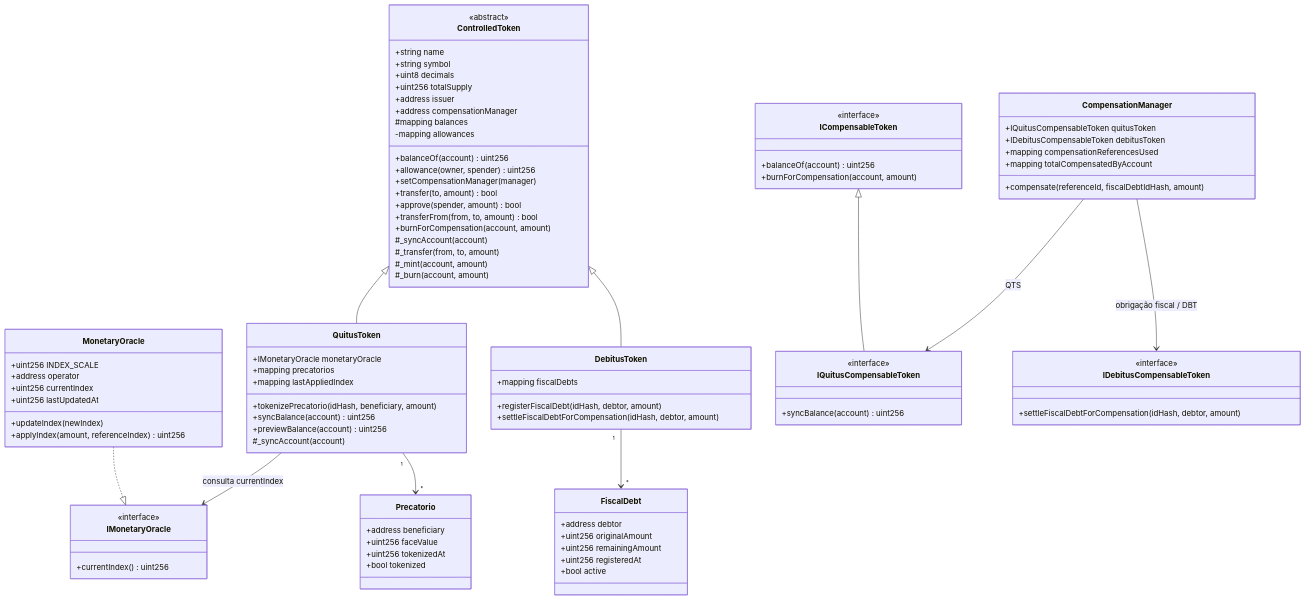
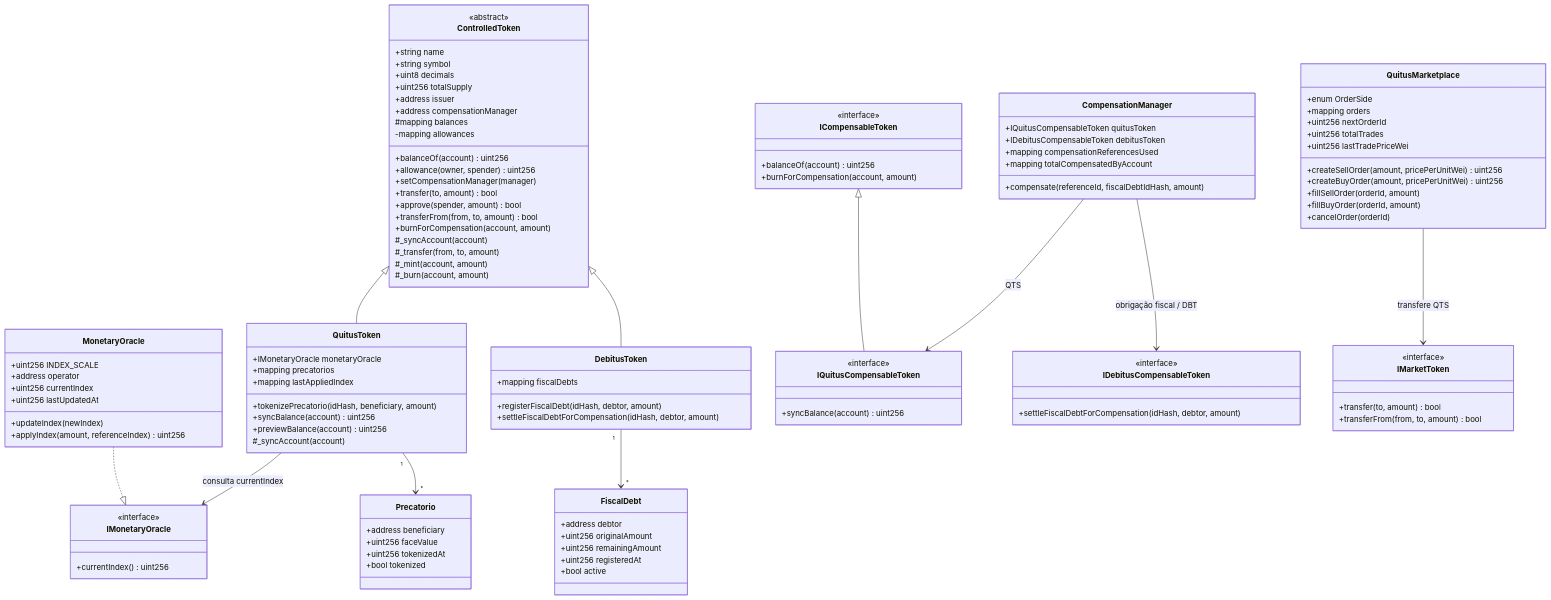
Before and after one commit to Victor-droid165/blockchain: the diagram in Lab4/docs/contratos.md, drawn with Mermaid. The commit also changed other lines of this file and 7 other files, not shown here.

````diff
--- a/Lab4/docs/contratos.md
+++ b/Lab4/docs/contratos.md
@@ -96,6 +96,25 @@
         +settleFiscalDebtForCompensation(idHash, debtor, amount)
     }
 
+    class IMarketToken {
+        <<interface>>
+        +transfer(to, amount) bool
+        +transferFrom(from, to, amount) bool
+    }
+
+    class QuitusMarketplace {
+        +enum OrderSide
+        +mapping orders
+        +uint256 nextOrderId
+        +uint256 totalTrades
+        +uint256 lastTradePriceWei
+        +createSellOrder(amount, pricePerUnitWei) uint256
+        +createBuyOrder(amount, pricePerUnitWei) uint256
+        +fillSellOrder(orderId, amount)
+        +fillBuyOrder(orderId, amount)
+        +cancelOrder(orderId)
+    }
+
     ControlledToken <|-- QuitusToken
     ControlledToken <|-- DebitusToken
 
@@ -108,4 +127,5 @@
     ICompensableToken <|-- IQuitusCompensableToken
     CompensationManager --> IQuitusCompensableToken : QTS
     CompensationManager --> IDebitusCompensableToken : obrigação fiscal / DBT
+    QuitusMarketplace --> IMarketToken : transfere QTS
 ```
````
